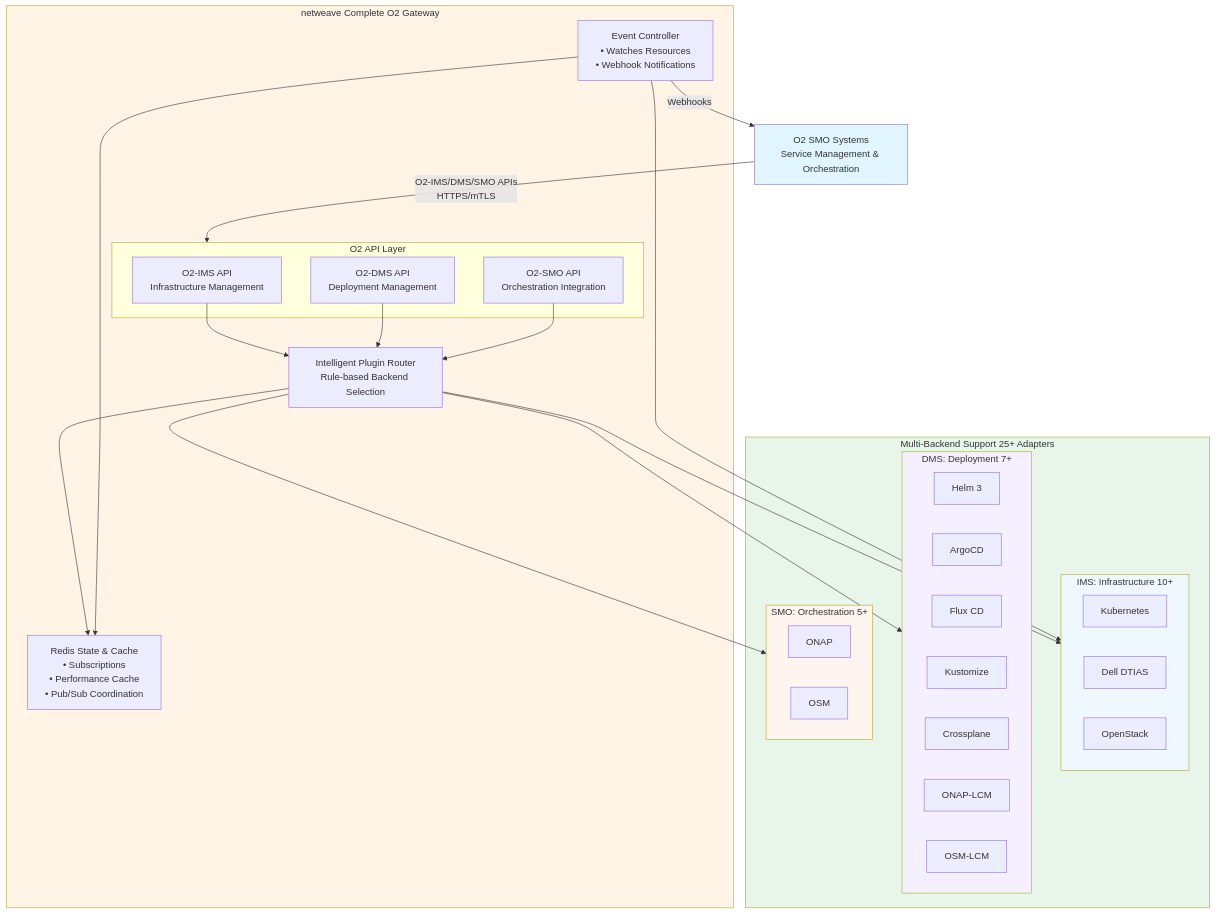
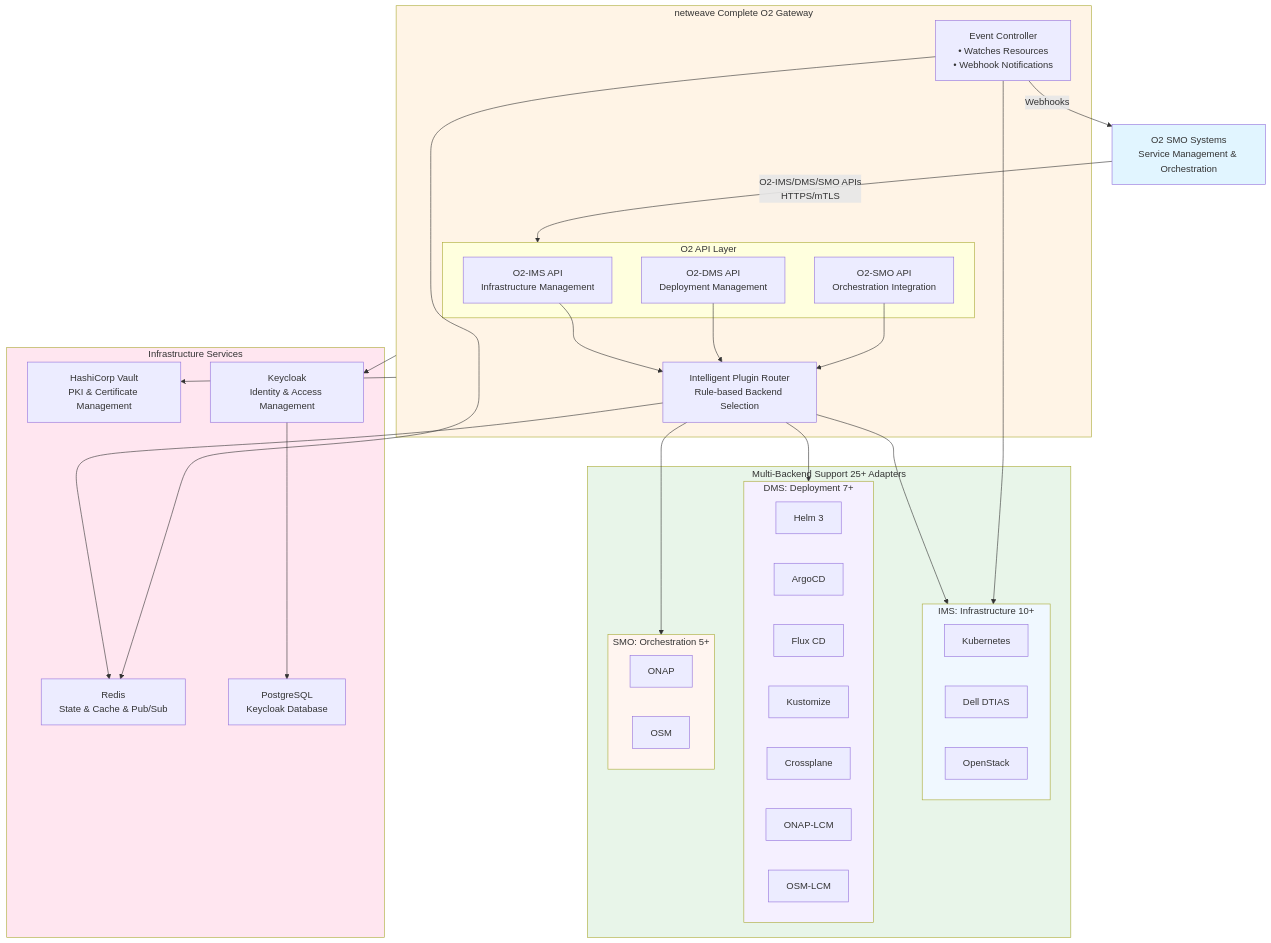
Before and after one commit to piwi3910/netweave: the diagram in README.md, drawn with Mermaid. The commit also changed other lines of this file and 5 other files, not shown here.

````diff
--- a/README.md
+++ b/README.md
@@ -97,60 +97,71 @@
 ```mermaid
 graph TB
     SMO[O2 SMO Systems<br/>Service Management & Orchestration]
 
     subgraph Gateway [netweave Complete O2 Gateway]
         subgraph APIs [O2 API Layer]
             IMS[O2-IMS API<br/>Infrastructure Management]
             DMS[O2-DMS API<br/>Deployment Management]
             SMO_API[O2-SMO API<br/>Orchestration Integration]
         end
 
         Router[Intelligent Plugin Router<br/>Rule-based Backend Selection]
-        Redis[Redis State & Cache<br/>• Subscriptions<br/>• Performance Cache<br/>• Pub/Sub Coordination]
         CTRL[Event Controller<br/>• Watches Resources<br/>• Webhook Notifications]
+    end
+
+    subgraph Infrastructure [Infrastructure Services]
+        Redis[Redis<br/>State & Cache & Pub/Sub]
+        Vault[HashiCorp Vault<br/>PKI & Certificate Management]
+        KC[Keycloak<br/>Identity & Access Management]
+        PG[PostgreSQL<br/>Keycloak Database]
     end
 
     subgraph Backends [Multi-Backend Support 25+ Adapters]
         subgraph IMS_Backends [IMS: Infrastructure 10+]
             K8s[Kubernetes]
             DTIAS[Dell DTIAS]
             OS[OpenStack]
         end
 
         subgraph DMS_Backends [DMS: Deployment 7+]
             Helm[Helm 3]
             Argo[ArgoCD]
             Flux[Flux CD]
             Kust[Kustomize]
             XPlane[Crossplane]
             ONAP_LCM[ONAP-LCM]
             OSM_LCM[OSM-LCM]
         end
 
         subgraph SMO_Backends [SMO: Orchestration 5+]
             ONAP[ONAP]
             OSM[OSM]
         end
     end
 
     SMO -->|O2-IMS/DMS/SMO APIs<br/>HTTPS/mTLS| APIs
     IMS --> Router
     DMS --> Router
     SMO_API --> Router
 
     Router --> Redis
     Router --> IMS_Backends
     Router --> DMS_Backends
     Router --> SMO_Backends
 
+    Gateway --> Vault
+    Gateway --> KC
+    KC --> PG
+
     CTRL --> Redis
     CTRL --> IMS_Backends
     CTRL -->|Webhooks| SMO
 
     style SMO fill:#e1f5ff
     style Gateway fill:#fff4e6
+    style Infrastructure fill:#ffe6f0
     style Backends fill:#e8f5e9
     style IMS_Backends fill:#f0f8ff
     style DMS_Backends fill:#f5f0ff
     style SMO_Backends fill:#fff5f0
 ```
````
